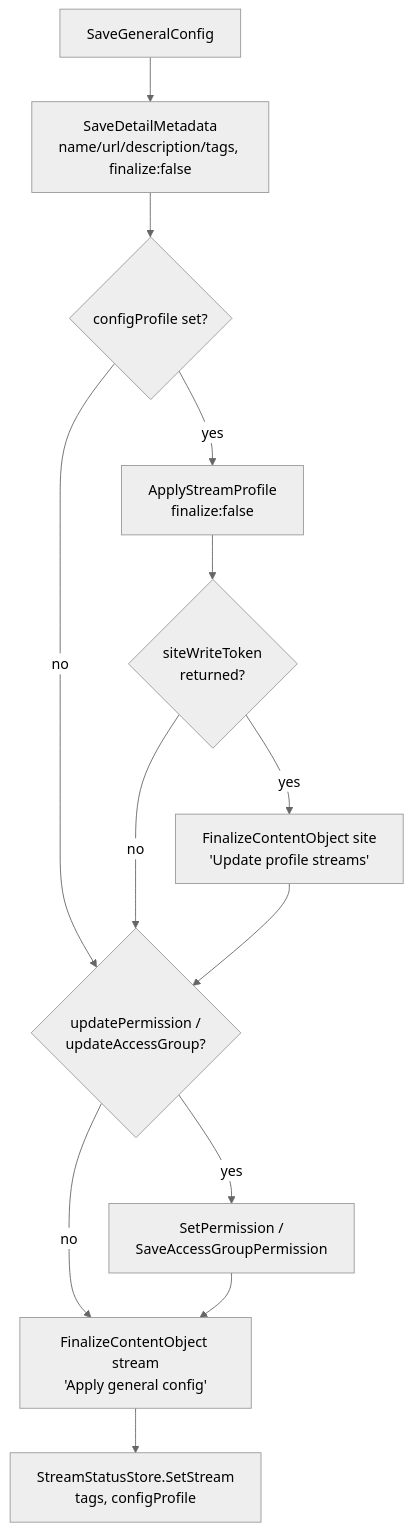
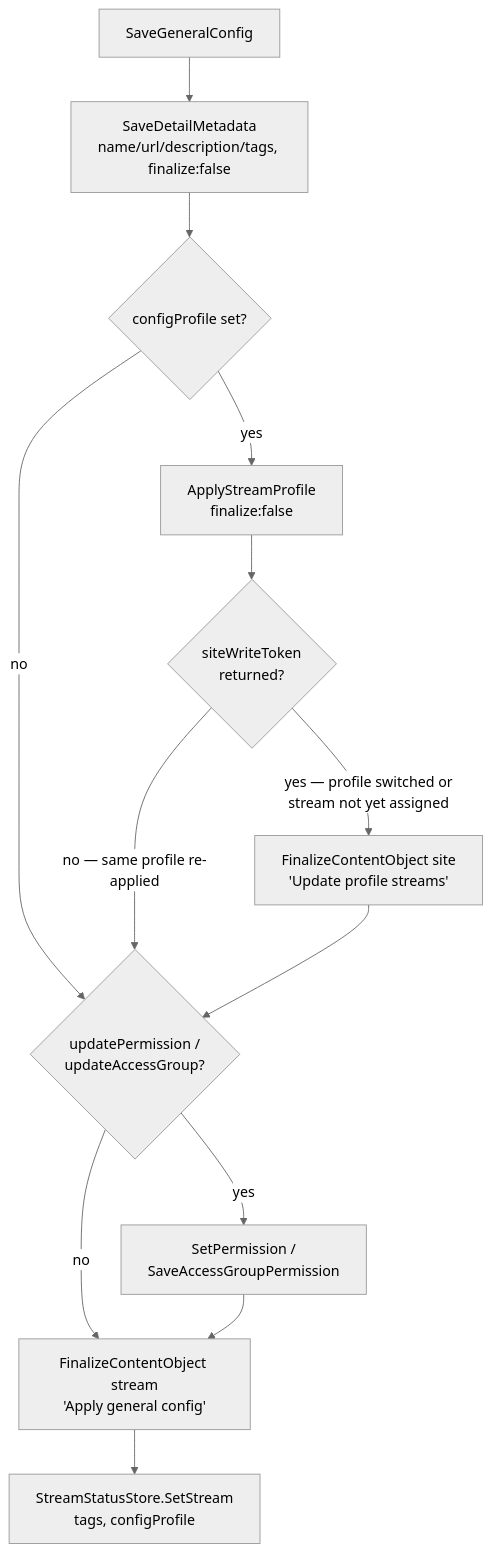
One commit to eluv-io/elv-live-stream changed the third of 3 diagrams in docs/diagrams/profile-apply.md. Above: the diagram before and after it, drawn with Mermaid (neutral theme). The commit also changed other lines of this file and 5 other files, not shown here.

````diff
--- a/docs/diagrams/profile-apply.md
+++ b/docs/diagrams/profile-apply.md
@@ -40,15 +72,15 @@
 ```mermaid
 flowchart TD
     A[SaveGeneralConfig] --> B[SaveDetailMetadata<br/>name/url/description/tags, finalize:false]
     B --> C{configProfile set?}
     C -->|no| G
     C -->|yes| D[ApplyStreamProfile<br/>finalize:false]
     D --> E{siteWriteToken<br/>returned?}
-    E -->|yes| F[FinalizeContentObject site<br/>'Update profile streams']
-    E -->|no| G
+    E -->|yes — profile switched or<br/>stream not yet assigned| F[FinalizeContentObject site<br/>'Update profile streams']
+    E -->|no — same profile re-applied| G
     F --> G{updatePermission /<br/>updateAccessGroup?}
     G -->|yes| H[SetPermission /<br/>SaveAccessGroupPermission]
     G -->|no| I
     H --> I[FinalizeContentObject stream<br/>'Apply general config']
     I --> J[StreamStatusStore.SetStream<br/>tags, configProfile]
 ```
````
